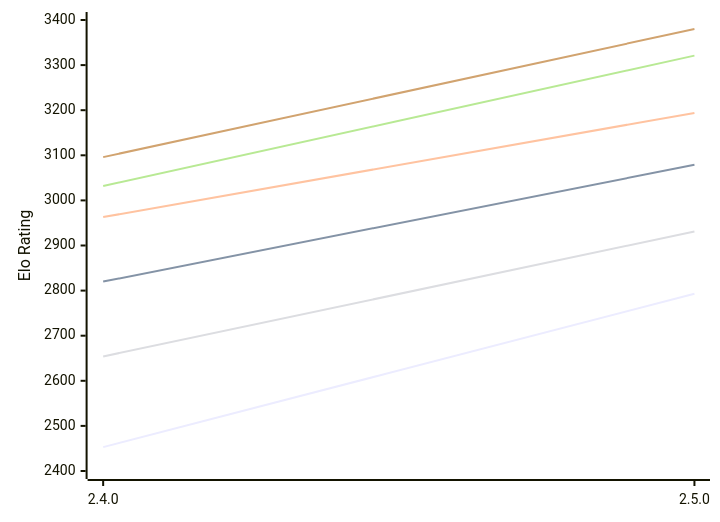
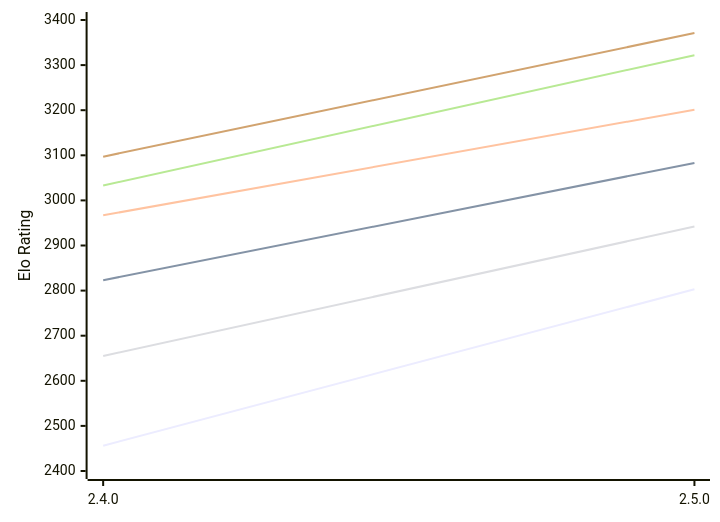
The diagram in engines/Rarog.md (computer-chess-index/cci), drawn with Mermaid before and after one commit. The commit also changed other lines of this file, not shown here.

Commit message:
Update CCI Ratings (ELO VLTC) - 2026-10-17

````diff
--- a/engines/Rarog.md
+++ b/engines/Rarog.md
@@ -49,12 +49,12 @@
 ```mermaid
 %%{init: {"theme":"base","themeVariables":{"seriesColors:['#a3a3a3','#222221','#faa371']}}}%%
 xychart-beta
   x-axis ["2.4.0", "2.5.0"]
   y-axis "Elo Rating" 2400 --> 3400
-  line "E1: STC (8.0+0.08s)" [2453, 2793]
-  line "E1: LTC (60.0+0.60s)" [2820, 3079]
-  line "E1: VLTC (2m24s+1.12s)" [2963, 3194]
-  line "P1: STC (8.0+0.08s)" [2654, 2931]
-  line "P1: LTC (60.0+0.60s)" [3032, 3321]
-  line "P1: VLTC (2m24s+1.12s)" [3096, 3380]
+  line "E1: STC (8.0+0.08s)" [2456, 2803]
+  line "E1: LTC (60.0+0.60s)" [2823, 3083]
+  line "E1: VLTC (2m24s+1.12s)" [2967, 3201]
+  line "P1: STC (8.0+0.08s)" [2655, 2942]
+  line "P1: LTC (60.0+0.60s)" [3033, 3322]
+  line "P1: VLTC (2m24s+1.12s)" [3097, 3371]
 ```
````
